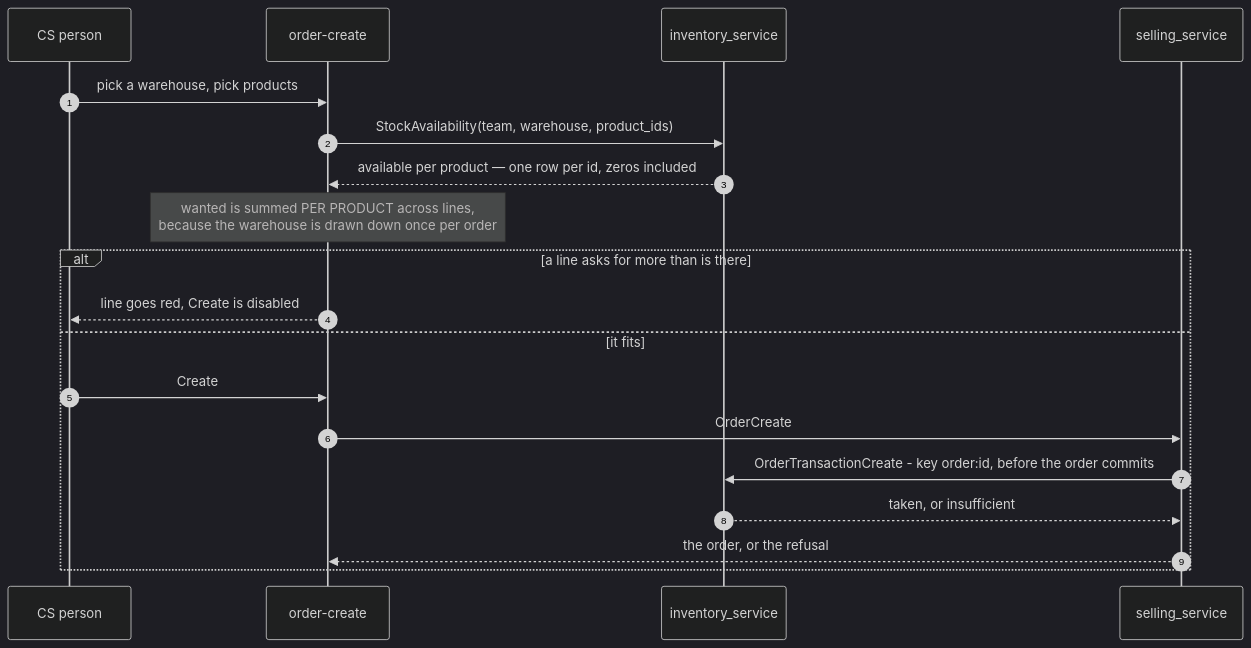
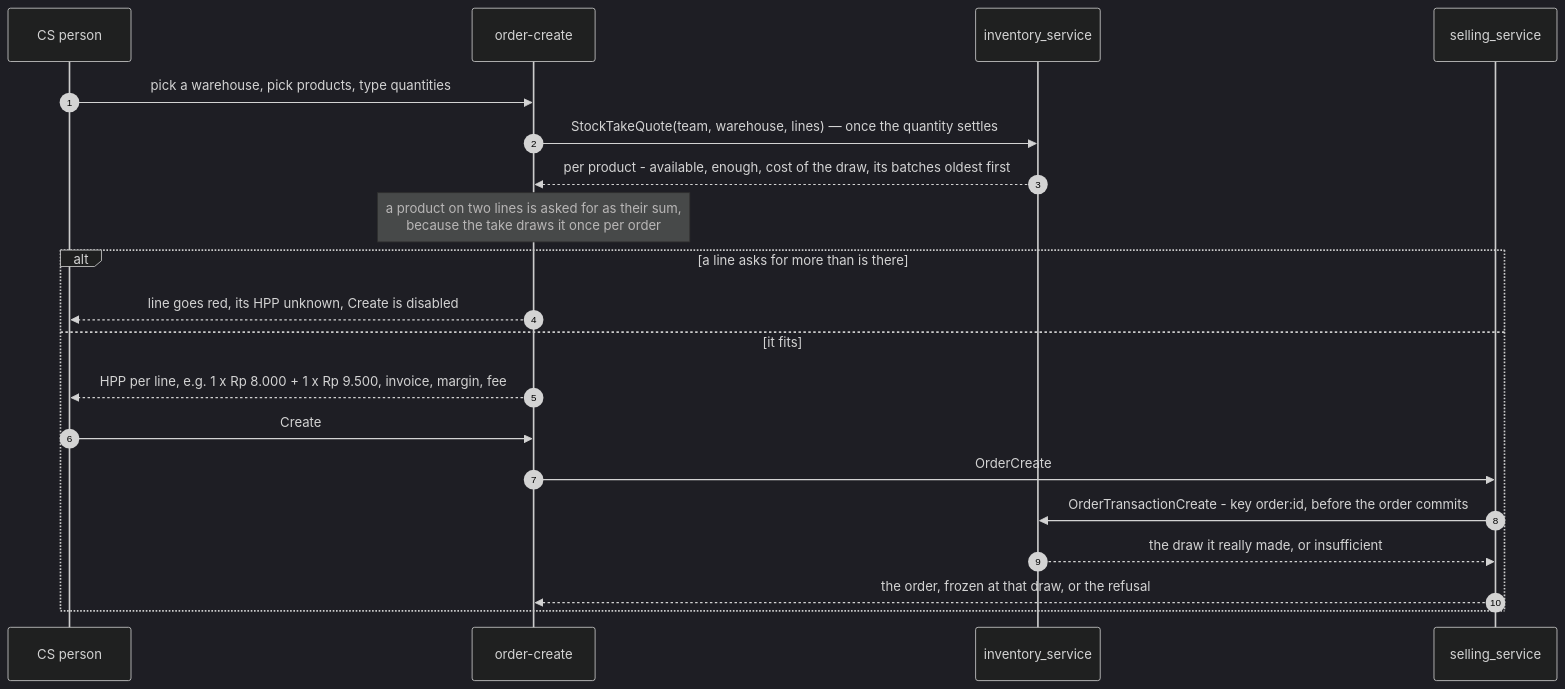
One commit to pdcgo/warehouse_revamp changed the fourth of 15 diagrams in docs/services/selling_service/rpc.md. Above: the diagram before and after it, drawn with Mermaid (dark theme). The commit also changed other lines of this file and 346 other files, not shown here.

First line of the commit message:
feat(analytic): the graph and its Table/Graph tabs, metrics/suppliers on the contract — with the order, liability and shipment work in flight

````diff
--- a/docs/services/selling_service/rpc.md
+++ b/docs/services/selling_service/rpc.md
@@ -166,22 +179,23 @@
 ```mermaid
 sequenceDiagram
     autonumber
     participant CS as CS person
     participant UI as order-create
     participant INV as inventory_service
     participant SELL as selling_service
 
-    CS->>UI: pick a warehouse, pick products
-    UI->>INV: StockAvailability(team, warehouse, product_ids)
-    INV-->>UI: available per product — one row per id, zeros included
-    Note over UI: wanted is summed PER PRODUCT across lines,<br/>because the warehouse is drawn down once per order
+    CS->>UI: pick a warehouse, pick products, type quantities
+    UI->>INV: StockTakeQuote(team, warehouse, lines) — once the quantity settles
+    INV-->>UI: per product - available, enough, cost of the draw, its batches oldest first
+    Note over UI: a product on two lines is asked for as their sum,<br/>because the take draws it once per order
     alt a line asks for more than is there
-        UI-->>CS: line goes red, Create is disabled
+        UI-->>CS: line goes red, its HPP unknown, Create is disabled
     else it fits
+        UI-->>CS: HPP per line, e.g. 1 x Rp 8.000 + 1 x Rp 9.500, invoice, margin, fee
         CS->>UI: Create
         UI->>SELL: OrderCreate
         SELL->>INV: OrderTransactionCreate - key order:id, before the order commits
-        INV-->>SELL: taken, or insufficient
-        SELL-->>UI: the order, or the refusal
+        INV-->>SELL: the draw it really made, or insufficient
+        SELL-->>UI: the order, frozen at that draw, or the refusal
     end
 ```
````
